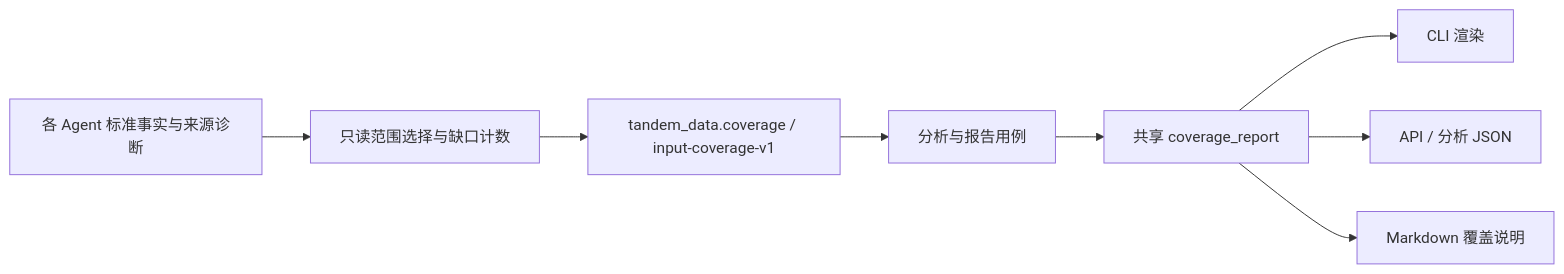
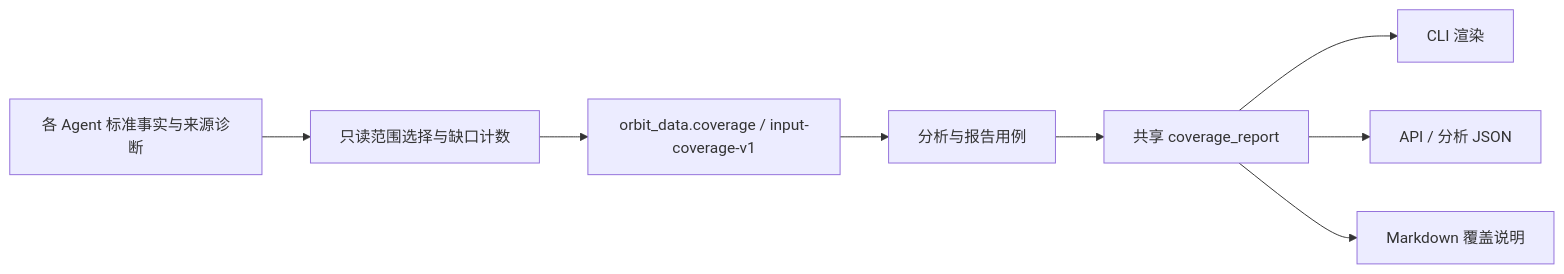
One commit to Orbit-Labs-AI/Orbit-Zhiyin changed the second of 2 diagrams in docs/architecture/data-pipeline.md. Above: the diagram before and after it, drawn with Mermaid. The commit also changed other lines of this file and 1437 other files, not shown here.

First line of the commit message:
refactor: 代码标识由 tandem 统一改名为 orbit（脚本机械替换）

````diff
--- a/docs/architecture/data-pipeline.md
+++ b/docs/architecture/data-pipeline.md
@@ -47,10 +47,10 @@
 ```mermaid
 flowchart LR
   Facts[各 Agent 标准事实与来源诊断] --> Assess[只读范围选择与缺口计数]
-  Assess --> Contract[tandem_data.coverage / input-coverage-v1]
+  Assess --> Contract[orbit_data.coverage / input-coverage-v1]
   Contract --> Analytics[分析与报告用例]
   Analytics --> Report[共享 coverage_report]
   Report --> CLI[CLI 渲染]
   Report --> API[API / 分析 JSON]
   Report --> Markdown[Markdown 覆盖说明]
 ```
````
